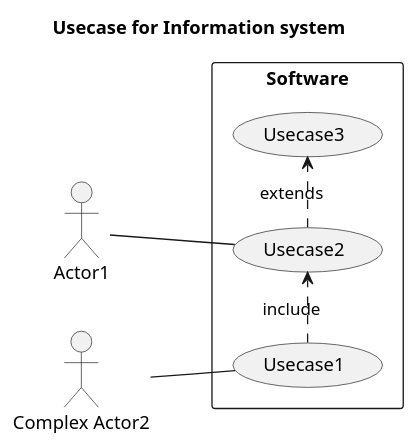
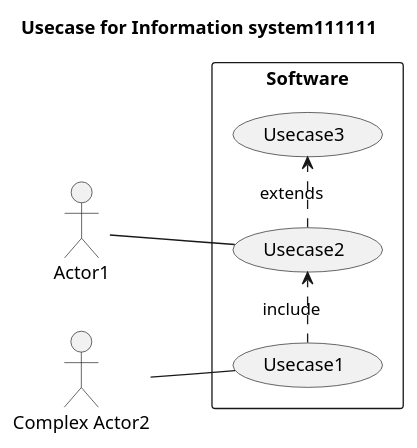
The diagram in SW-LabWork7-Example-1-UseCase.puml (oleksandrblazhko/student_test), drawn with PlantUML before and after one commit.

```diff
--- a/SW-LabWork7-Example-1-UseCase.puml
+++ b/SW-LabWork7-Example-1-UseCase.puml
@@ -1,22 +1,22 @@
 @startuml
 
-title Usecase for Information system
+title Usecase for Information system111111
 
 left to right direction
 
 actor Actor1
 actor :Complex Actor2:
 
 rectangle Software {
 
     usecase (Usecase1)
     usecase (Usecase2)
     usecase (Usecase3)
 
    :Complex Actor2: -- (Usecase1)
    (Usecase1) .> (Usecase2) : include
    (Usecase2) .> (Usecase3) : extends
    Actor1 -- (Usecase2)
 }
 
 @enduml
```
